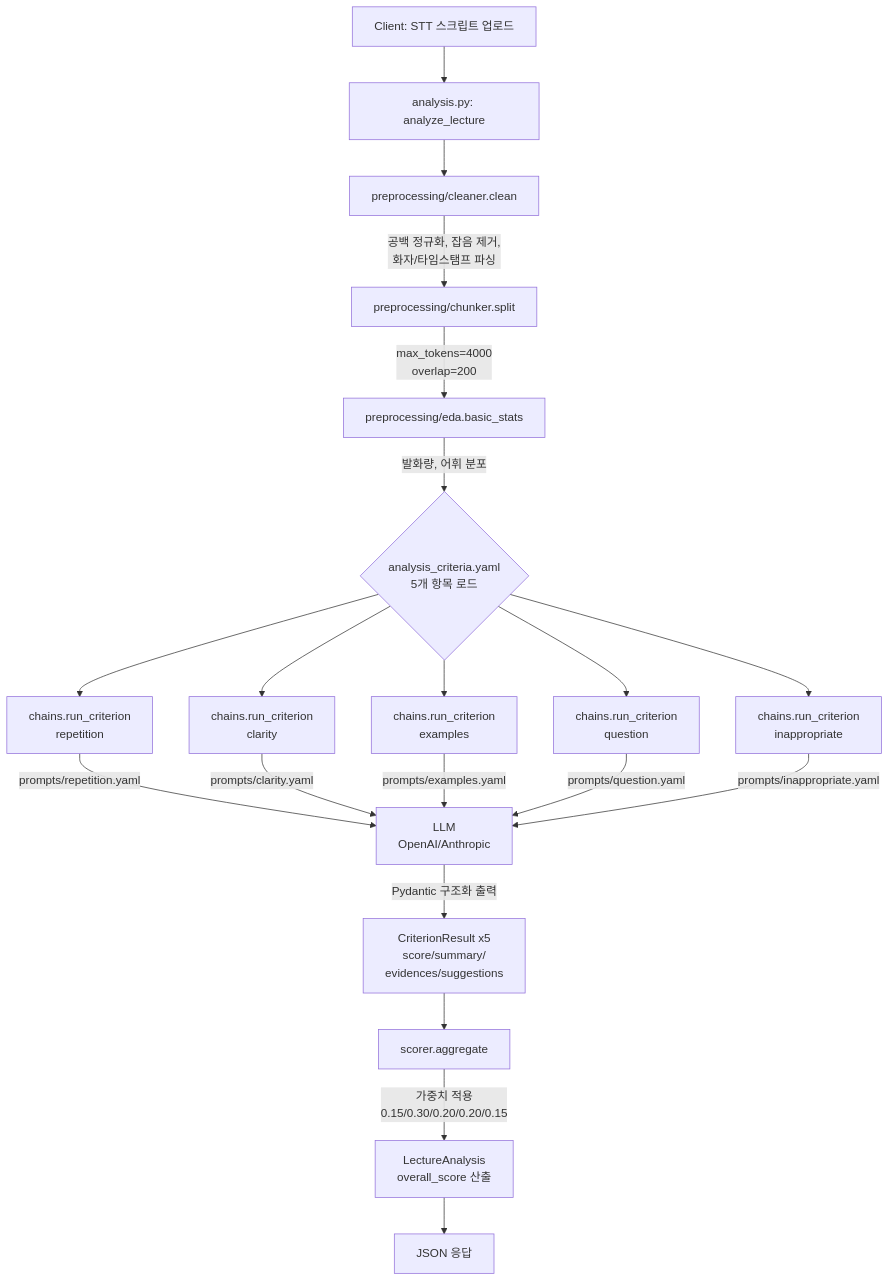
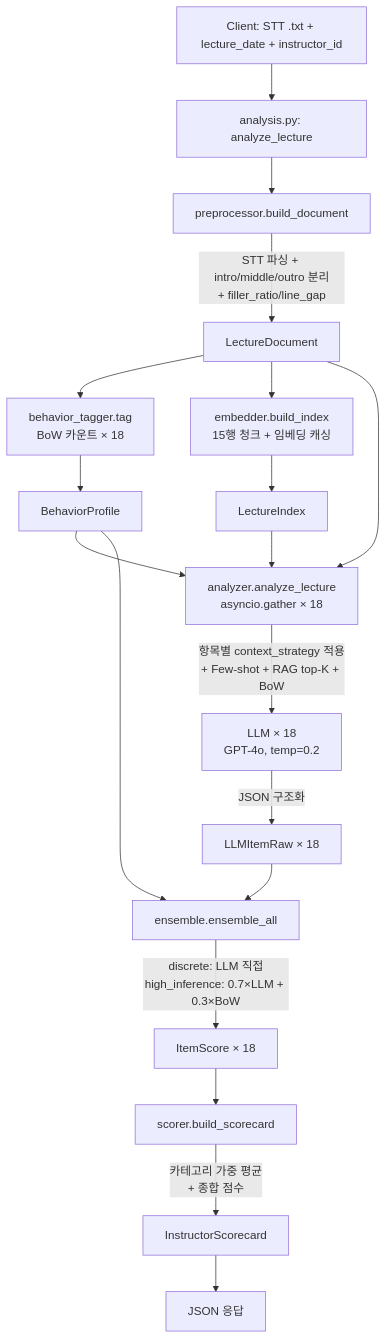
Before and after one commit to LectureInsight-Lab/backend: the first of 2 diagrams in README.md, drawn with Mermaid. The commit also changed other lines of this file and 41 other files, not shown here.

````diff
--- a/README.md
+++ b/README.md
@@ -93,26 +174,27 @@
 ```mermaid
 flowchart TD
-    A[Client: STT 스크립트 업로드] --> B[analysis.py: analyze_lecture]
-    B --> C[preprocessing/cleaner.clean]
-    C -->|공백 정규화, 잡음 제거,<br/>화자/타임스탬프 파싱| D[preprocessing/chunker.split]
-    D -->|max_tokens=4000<br/>overlap=200| E[preprocessing/eda.basic_stats]
-    E -->|발화량, 어휘 분포| F{analysis_criteria.yaml<br/>5개 항목 로드}
+    A[Client: STT .txt + lecture_date + instructor_id] --> B[analysis.py: analyze_lecture]
+    B --> C[preprocessor.build_document]
+    C -->|STT 파싱 + intro/middle/outro 분리<br/>+ filler_ratio/line_gap| D[LectureDocument]
 
-    F --> G1[chains.run_criterion<br/>repetition]
-    F --> G2[chains.run_criterion<br/>clarity]
-    F --> G3[chains.run_criterion<br/>examples]
-    F --> G4[chains.run_criterion<br/>question]
-    F --> G5[chains.run_criterion<br/>inappropriate]
+    D --> E1[behavior_tagger.tag<br/>BoW 카운트 × 18]
+    D --> E2[embedder.build_index<br/>15행 청크 + 임베딩 캐싱]
 
-    G1 -->|prompts/repetition.yaml| H[LLM<br/>OpenAI/Anthropic]
-    G2 -->|prompts/clarity.yaml| H
-    G3 -->|prompts/examples.yaml| H
-    G4 -->|prompts/question.yaml| H
-    G5 -->|prompts/inappropriate.yaml| H
+    E1 --> F[BehaviorProfile]
+    E2 --> G[LectureIndex]
 
-    H -->|Pydantic 구조화 출력| I[CriterionResult x5<br/>score/summary/<br/>evidences/suggestions]
+    F --> H[analyzer.analyze_lecture<br/>asyncio.gather × 18]
+    G --> H
+    D --> H
 
-    I --> J[scorer.aggregate]
-    J -->|가중치 적용<br/>0.15/0.30/0.20/0.20/0.15| K[LectureAnalysis<br/>overall_score 산출]
-    K --> L[JSON 응답]
+    H -->|항목별 context_strategy 적용<br/>+ Few-shot + RAG top-K + BoW| I[LLM × 18<br/>GPT-4o, temp=0.2]
+    I -->|JSON 구조화| J[LLMItemRaw × 18]
+
+    J --> K[ensemble.ensemble_all]
+    F --> K
+    K -->|discrete: LLM 직접<br/>high_inference: 0.7×LLM + 0.3×BoW| L[ItemScore × 18]
+
+    L --> M[scorer.build_scorecard]
+    M -->|카테고리 가중 평균<br/>+ 종합 점수| N[InstructorScorecard]
+    N --> O[JSON 응답]
 ```
````
